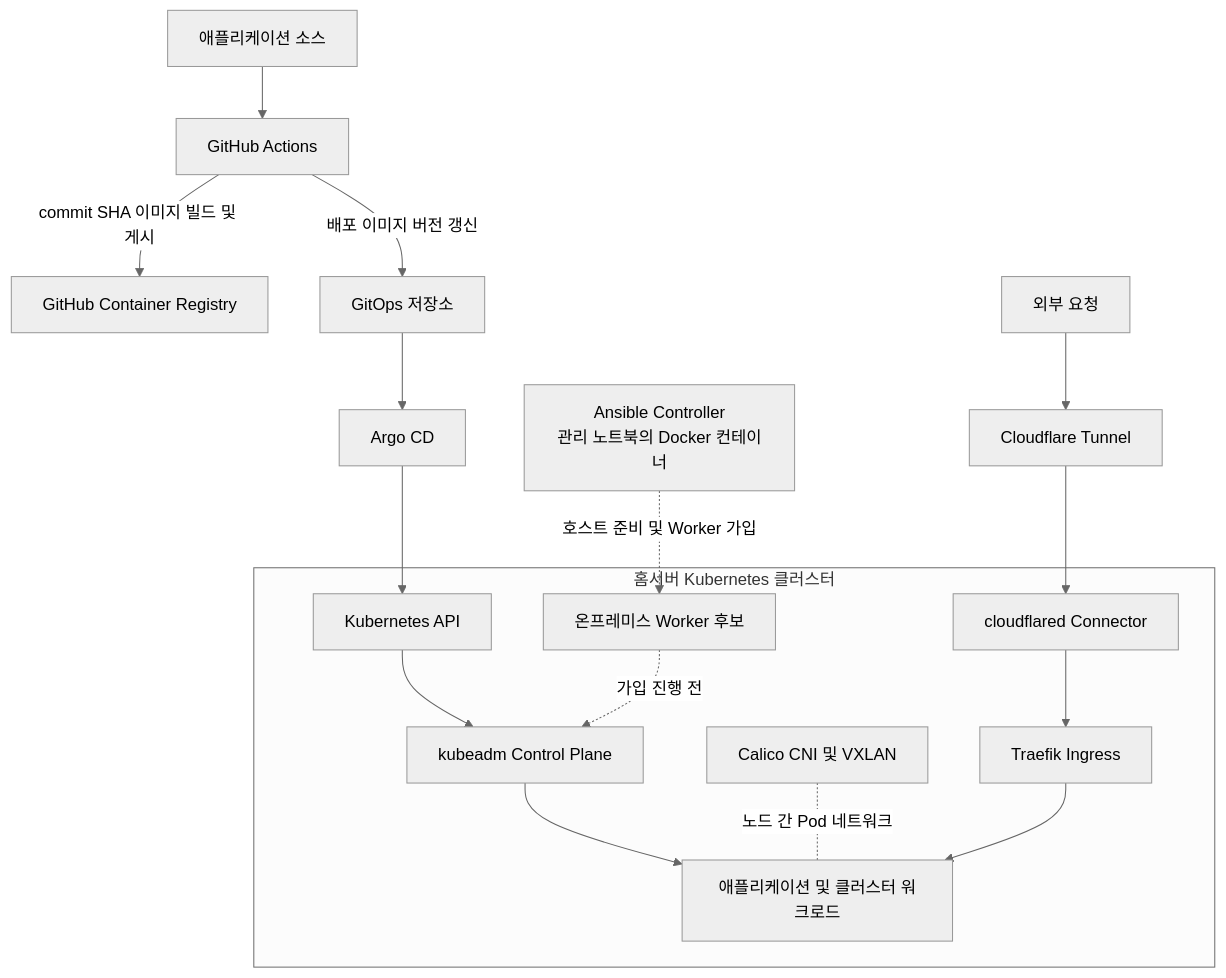
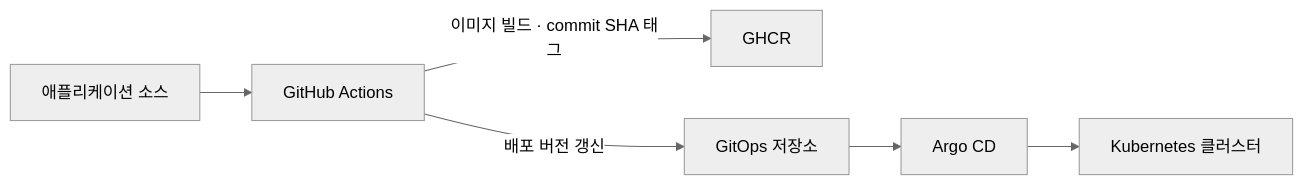
The first of 2 diagrams in profile/README.md (HomeServer-PaaS/.github), drawn with Mermaid (neutral theme) before and after one commit. The commit also changed other lines of this file, not shown here.

````diff
--- a/profile/README.md
+++ b/profile/README.md
@@ -9,21 +24,8 @@
 ```mermaid
-flowchart TB
-    App[애플리케이션 소스] --> Actions[GitHub Actions]
-    Actions -->|commit SHA 이미지 빌드 및 게시| GHCR[GitHub Container Registry]
-    Actions -->|배포 이미지 버전 갱신| GitOps[GitOps 저장소]
+flowchart LR
+    Source[애플리케이션 소스] --> Actions[GitHub Actions]
+    Actions -->|이미지 빌드 · commit SHA 태그| GHCR[GHCR]
+    Actions -->|배포 버전 갱신| GitOps[GitOps 저장소]
     GitOps --> Argo[Argo CD]
-    Argo --> API[Kubernetes API]
-
-    subgraph HomeServer[홈서버 Kubernetes 클러스터]
-        API --> ControlPlane[kubeadm Control Plane]
-        ControlPlane --> Workloads[애플리케이션 및 클러스터 워크로드]
-        Worker[온프레미스 Worker 후보] -. 가입 진행 전 .-> ControlPlane
-        Calico[Calico CNI 및 VXLAN] -. 노드 간 Pod 네트워크 .- Workloads
-        Cloudflared[cloudflared Connector] --> Traefik[Traefik Ingress]
-        Traefik --> Workloads
-    end
-
-    Internet[외부 요청] --> Tunnel[Cloudflare Tunnel]
-    Tunnel --> Cloudflared
-    Ansible[Ansible Controller<br/>관리 노트북의 Docker 컨테이너] -. 호스트 준비 및 Worker 가입 .-> Worker
+    Argo --> K8s[Kubernetes 클러스터]
 ```
````
